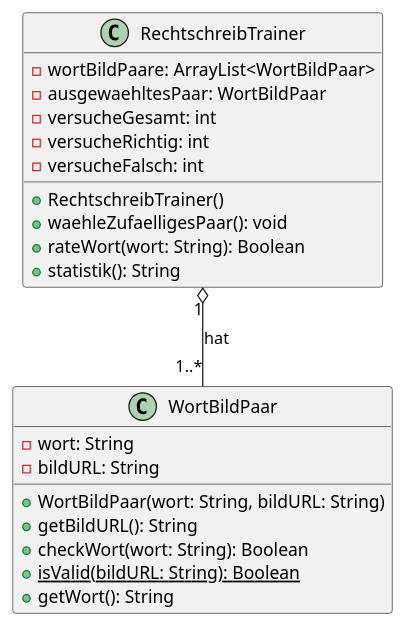
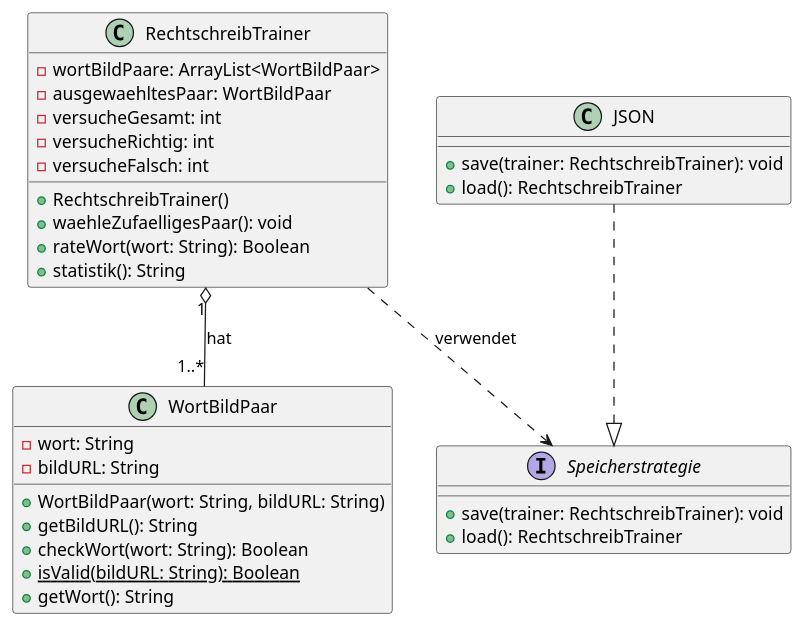
Before and after one commit to TGM-HIT/sew9-2425-worttrainer-rmartin69420: the diagram in src/main/java/org/rmartin/Worttrainer-UML.puml, drawn with PlantUML. The commit also changed 1 other file, not shown here.

```diff
--- a/src/main/java/org/rmartin/Worttrainer-UML.puml
+++ b/src/main/java/org/rmartin/Worttrainer-UML.puml
@@ -1,26 +1,37 @@
 @startuml
 class WortBildPaar {
   -wort: String
   -bildURL: String
   +WortBildPaar(wort: String, bildURL: String)
   +getBildURL(): String
   +checkWort(wort: String): Boolean
   {static} +isValid(bildURL: String): Boolean
   +getWort(): String
 }
 
 class RechtschreibTrainer {
   -wortBildPaare: ArrayList<WortBildPaar>
   -ausgewaehltesPaar: WortBildPaar
   -versucheGesamt: int
   -versucheRichtig: int
   -versucheFalsch: int
   +RechtschreibTrainer()
   +waehleZufaelligesPaar(): void
   +rateWort(wort: String): Boolean
   +statistik(): String
 }
 
+interface Speicherstrategie {
+  +save(trainer: RechtschreibTrainer): void
+  +load(): RechtschreibTrainer
+}
+
+class JSON {
+  +save(trainer: RechtschreibTrainer): void
+  +load(): RechtschreibTrainer
+}
+
 RechtschreibTrainer "1" o-- "1..*" WortBildPaar : hat
-
+RechtschreibTrainer ..> Speicherstrategie : verwendet
+JSON ..|> Speicherstrategie
 @enduml
```
